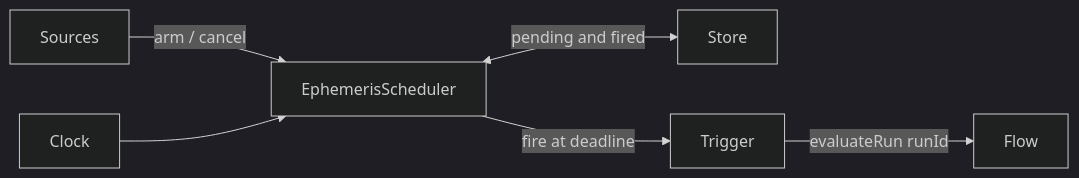
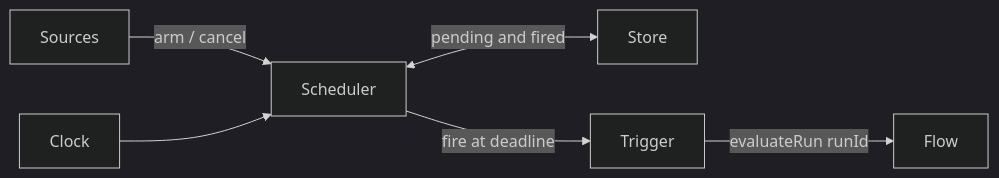
The diagram in docs/concepts.md (kontourai/ephemeris), drawn with Mermaid (dark theme) before and after one commit. The commit also changed other lines of this file and 3 other files, not shown here.

````diff
--- a/docs/concepts.md
+++ b/docs/concepts.md
@@ -46,8 +46,8 @@
 ```mermaid
 flowchart LR
-  S[Sources] -->|arm / cancel| E[EphemerisScheduler]
+  S[Sources] -->|arm / cancel| E[Scheduler]
   E <-->|pending and fired| St[Store]
   C[Clock] --> E
   E -->|fire at deadline| T[Trigger]
   T -->|evaluateRun runId| F[Flow]
 ```
````
